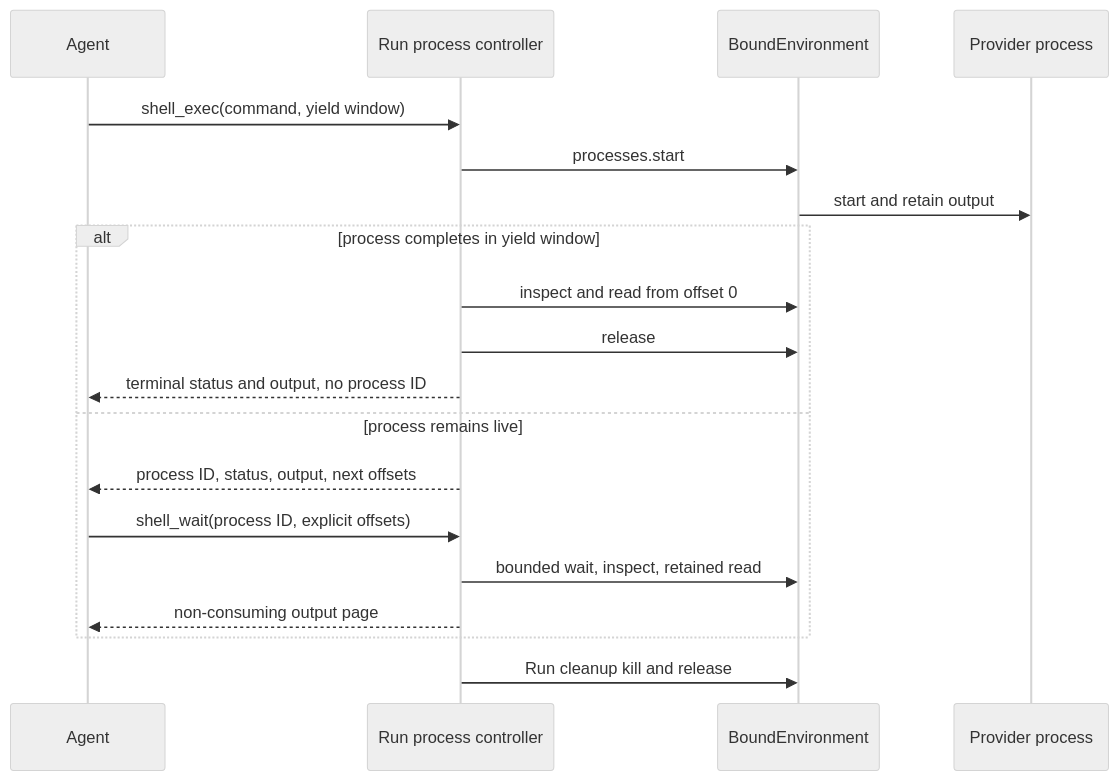
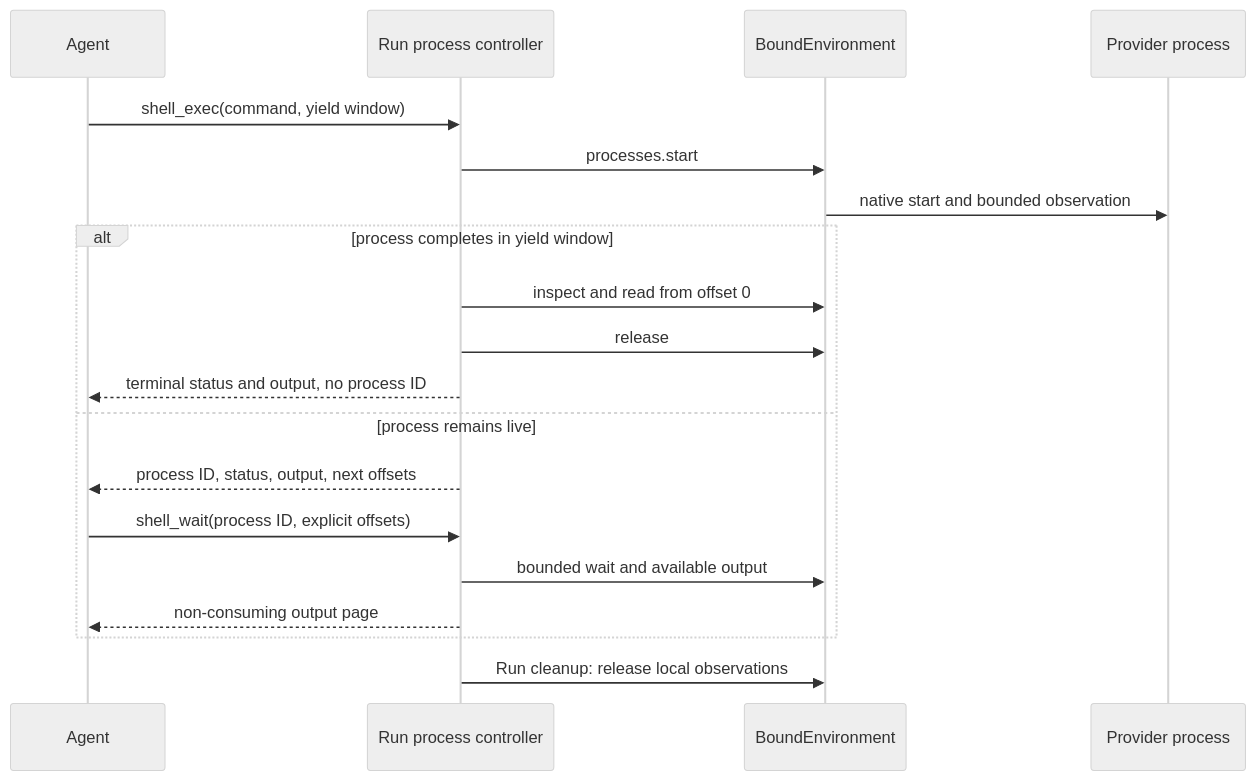
The diagram in docs/agent-harness/environments.md (LTThreeComma/agent-foundation), drawn with Mermaid (neutral theme) before and after one commit. The commit also changed other lines of this file and 69 other files, not shown here.

First line of the commit message:
refactor(environment): adopt native process observations (#196)

````diff
--- a/docs/agent-harness/environments.md
+++ b/docs/agent-harness/environments.md
@@ -220,22 +223,22 @@
 ```mermaid
 sequenceDiagram
     participant Agent
     participant Controller as Run process controller
     participant Environment as BoundEnvironment
     participant Process as Provider process
 
     Agent->>Controller: shell_exec(command, yield window)
     Controller->>Environment: processes.start
-    Environment->>Process: start and retain output
+    Environment->>Process: native start and bounded observation
     alt process completes in yield window
         Controller->>Environment: inspect and read from offset 0
         Controller->>Environment: release
         Controller-->>Agent: terminal status and output, no process ID
     else process remains live
         Controller-->>Agent: process ID, status, output, next offsets
         Agent->>Controller: shell_wait(process ID, explicit offsets)
-        Controller->>Environment: bounded wait, inspect, retained read
+        Controller->>Environment: bounded wait and available output
         Controller-->>Agent: non-consuming output page
     end
-    Controller->>Environment: Run cleanup kill and release
+    Controller->>Environment: Run cleanup: release local observations
 ```
````
